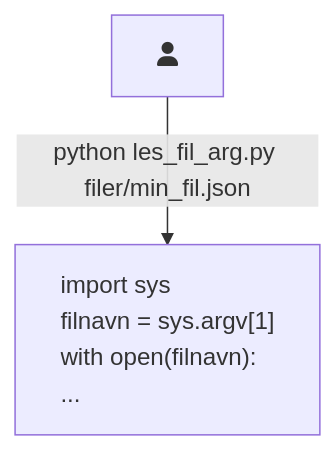
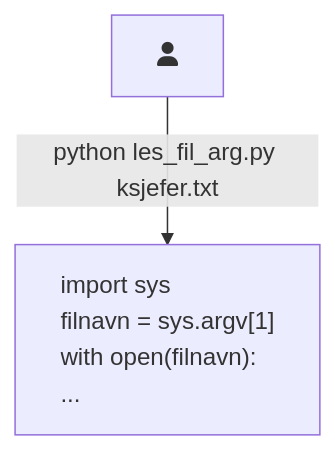
One commit to nrkno/prog-videre changed the fourth of 4 diagrams in innhold/kap3/2_programargumenter.md. Above: the diagram before and after it, drawn with Mermaid. The commit also changed other lines of this file, not shown here.

Commit message:
Fortsett på programargumenter, legg til ksjefer.txt

````diff
--- a/innhold/kap3/2_programargumenter.md
+++ b/innhold/kap3/2_programargumenter.md
@@ -90,7 +110,7 @@
 ```mermaid
 flowchart
   user[fa:fa-user]
   prg["import sys\nfilnavn = sys.argv[1]\nwith open(filnavn):\n..."]
   style prg text-align:left
-  user-- python les_fil_arg.py filer/min_fil.json -->prg
+  user-- python les_fil_arg.py ksjefer.txt -->prg
 ```
````
